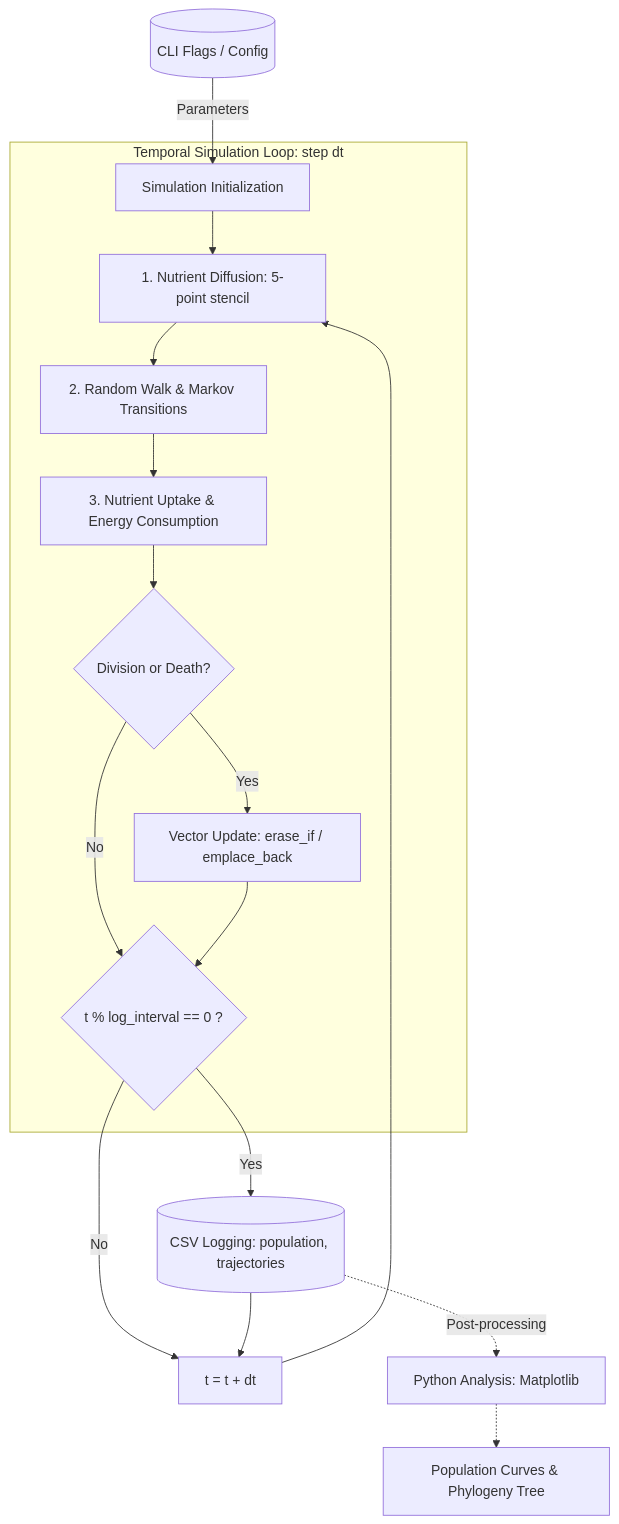
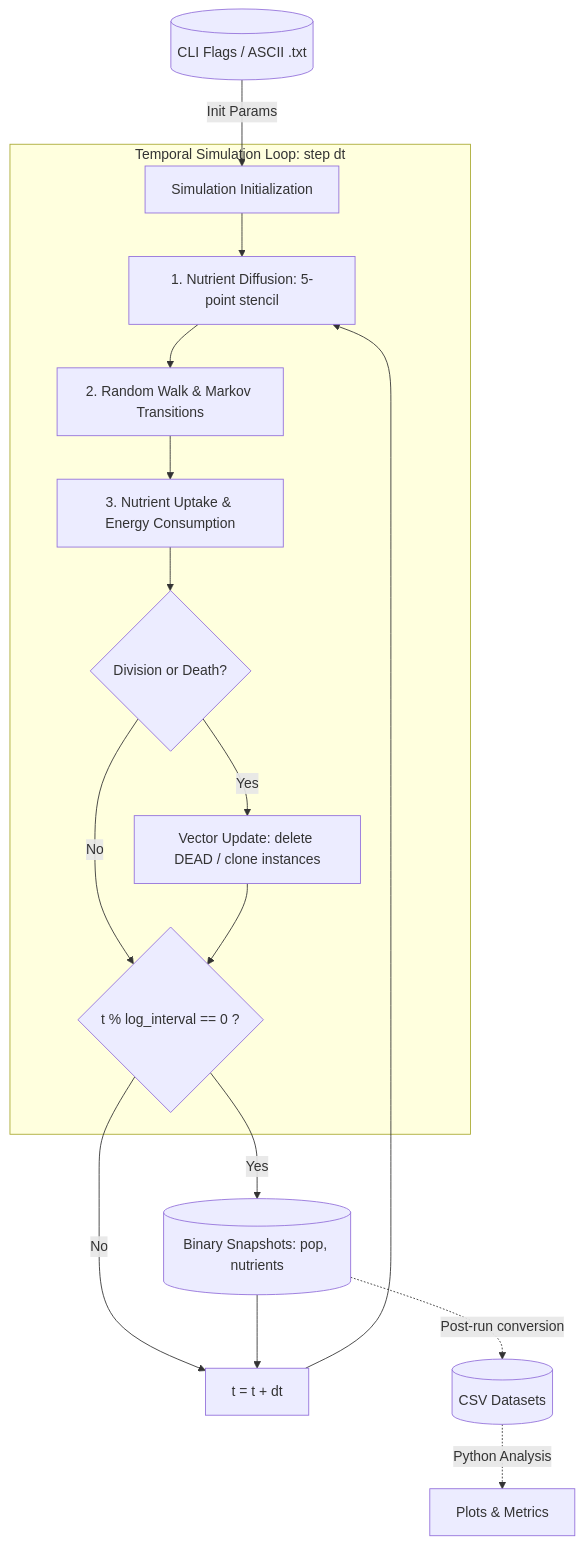
One commit to axelp-dev/BioChroma changed the second of 2 diagrams in docs/ARCHITECTURE.md. Above: the diagram before and after it, drawn with Mermaid. The commit also changed other lines of this file, not shown here.

Commit message:
doc(ARCHITECTURE.md): Update this file with all the initial project structure and class diagrams

````diff
--- a/docs/ARCHITECTURE.md
+++ b/docs/ARCHITECTURE.md
@@ -147,22 +198,23 @@
-```mermaid
+```mermaid 
+
 flowchart TD
-    Config[(CLI Flags / Config)] -->|Parameters| Init[Simulation Initialization]
+    Config[(CLI Flags / ASCII .txt)] -->|Init Params| Init[Simulation Initialization]
 
     subgraph EngineLoop [Temporal Simulation Loop: step dt]
         Init --> Diffuse[1. Nutrient Diffusion: 5-point stencil]
         Diffuse --> Markov[2. Random Walk & Markov Transitions]
         Markov --> Consume[3. Nutrient Uptake & Energy Consumption]
         Consume --> Events{Division or Death?}
-        Events -->|Yes| UpdatePop[Vector Update: erase_if / emplace_back]
+        Events -->|Yes| UpdatePop[Vector Update: delete DEAD / clone instances]
         Events -->|No| CheckExport
         UpdatePop --> CheckExport{t % log_interval == 0 ?}
     end
 
     CheckExport -->|No| NextStep[t = t + dt]
-    CheckExport -->|Yes| ExportCSV[(CSV Logging: population, trajectories)]
-    ExportCSV --> NextStep
+    CheckExport -->|Yes| ExportBinary[(Binary Snapshots: pop, nutrients)]
+    ExportBinary --> NextStep
     NextStep --> Diffuse
 
-    ExportCSV -.->|Post-processing| PyScript[Python Analysis: Matplotlib]
-    PyScript -.-> Plots[Population Curves & Phylogeny Tree]
+    ExportBinary -.->|Post-run conversion| ExportCSV[(CSV Datasets)]
+    ExportCSV -.->|Python Analysis| PyPlots[Plots & Metrics]
 ```
````
